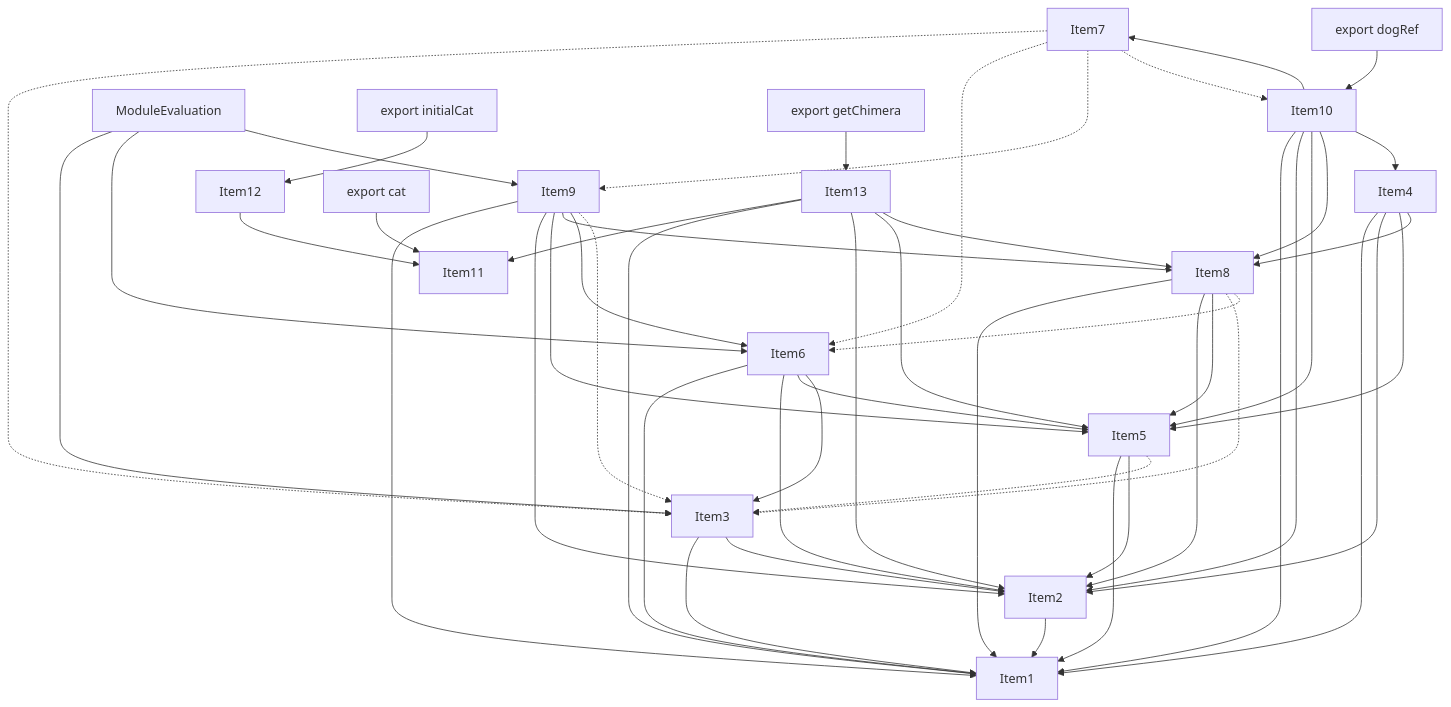
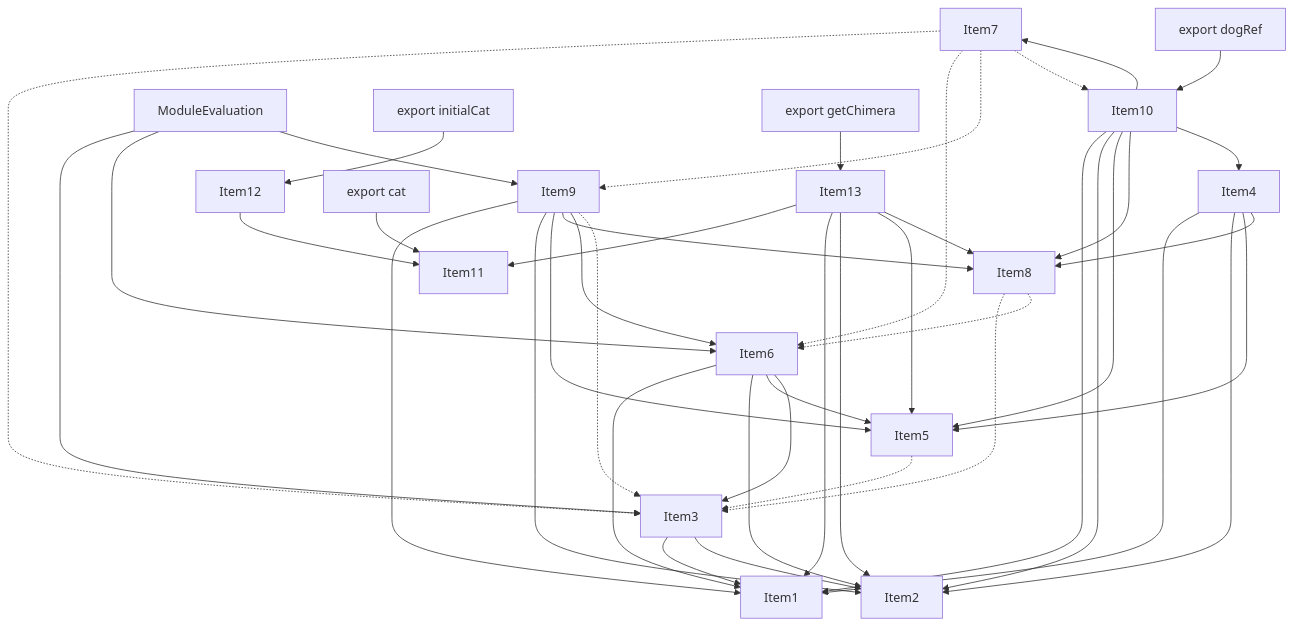
The fourth of 5 diagrams in crates/turbopack-ecmascript/tests/tree-shaker/analyzer/complex/output.md (vercel/turborepo), drawn with Mermaid before and after one commit. The commit also changed other lines of this file and 23 other files, not shown here.

````diff
--- a/crates/turbopack-ecmascript/tests/tree-shaker/analyzer/complex/output.md
+++ b/crates/turbopack-ecmascript/tests/tree-shaker/analyzer/complex/output.md
@@ -296,74 +281,68 @@
 ```mermaid
 graph TD
     Item1;
     Item2;
     Item3;
     Item4;
     Item5;
     Item6;
     Item7;
     Item8;
     Item9;
     Item10;
     Item11;
     Item12;
     Item13;
     Item14;
     Item14["ModuleEvaluation"];
     Item15;
     Item15["export dogRef"];
     Item16;
     Item16["export cat"];
     Item17;
     Item17["export initialCat"];
     Item18;
     Item18["export getChimera"];
-    Item2 --> Item1;
     Item3 --> Item1;
     Item3 --> Item2;
-    Item5 --> Item1;
-    Item5 --> Item2;
     Item5 -.-> Item3;
     Item6 --> Item1;
     Item6 --> Item2;
     Item6 --> Item5;
     Item6 --> Item3;
-    Item8 --> Item1;
-    Item8 --> Item2;
-    Item8 --> Item5;
     Item8 -.-> Item3;
     Item8 -.-> Item6;
     Item9 --> Item1;
     Item9 --> Item2;
     Item9 --> Item5;
     Item9 --> Item8;
     Item9 --> Item6;
     Item9 -.-> Item3;
     Item10 --> Item1;
     Item10 --> Item2;
     Item10 --> Item5;
     Item10 --> Item8;
     Item10 --> Item4;
     Item10 --> Item7;
     Item12 --> Item11;
     Item4 --> Item1;
     Item4 --> Item2;
     Item4 --> Item5;
     Item4 --> Item8;
     Item7 -.-> Item3;
     Item7 -.-> Item6;
     Item7 -.-> Item9;
     Item7 -.-> Item10;
     Item13 --> Item11;
     Item13 --> Item1;
     Item13 --> Item2;
     Item13 --> Item5;
     Item13 --> Item8;
     Item14 --> Item3;
     Item14 --> Item6;
     Item14 --> Item9;
     Item15 --> Item10;
     Item16 --> Item11;
     Item17 --> Item12;
     Item18 --> Item13;
 ```
````
